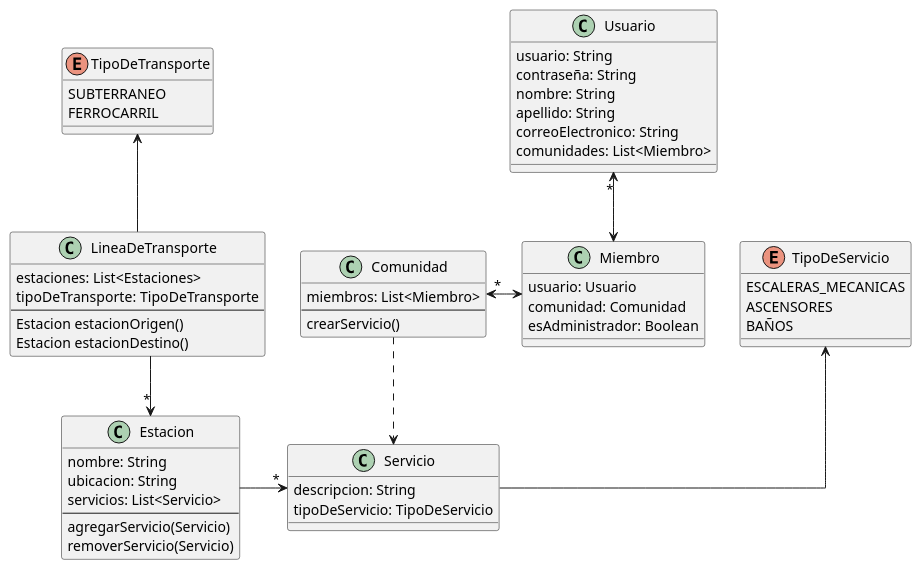
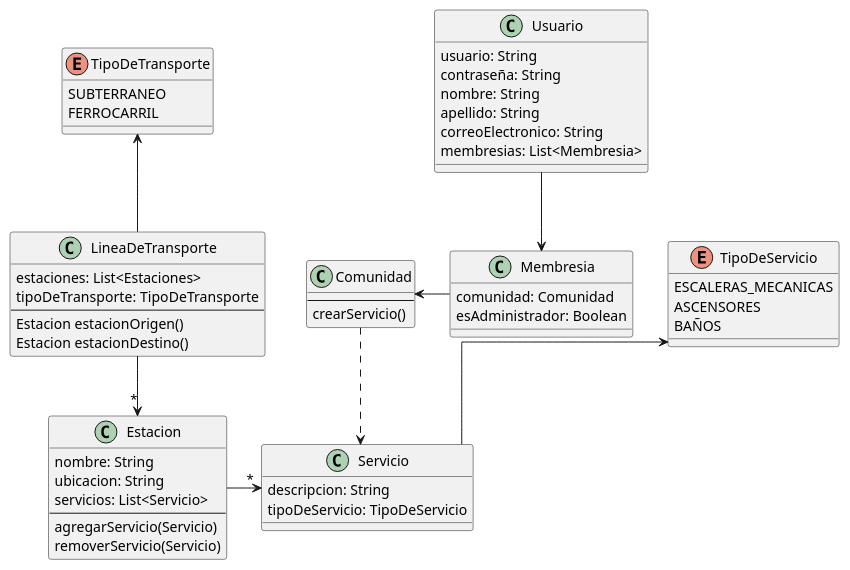
The diagram in docs/clases.puml (ValenAquino/tp-dds-2023), drawn with PlantUML before and after one commit.

Commit message:
docs(clases): remover relaciones bidireccionales y cambiar Miembro por Membresia

```diff
--- a/docs/clases.puml
+++ b/docs/clases.puml
@@ -1,63 +1,61 @@
 @startuml TPA1-Clases
 skinparam linetype ortho
 
 class LineaDeTransporte {
   estaciones: List<Estaciones>
   tipoDeTransporte: TipoDeTransporte
   --
   Estacion estacionOrigen()
   Estacion estacionDestino()
 }
 enum TipoDeTransporte {
   SUBTERRANEO
   FERROCARRIL
 }
 
 class Estacion {
   nombre: String
   ubicacion: String
   servicios: List<Servicio>
   --
   agregarServicio(Servicio)
   removerServicio(Servicio)
 }
 
 class Comunidad {
-  miembros: List<Miembro>
   --
   crearServicio()
 }
 
 class Usuario {
   usuario: String
   contraseña: String
   nombre: String
   apellido: String
   correoElectronico: String
-  comunidades: List<Miembro>
+  membresias: List<Membresia>
 }
 
-class Miembro {
-  usuario: Usuario
+class Membresia {
   comunidad: Comunidad
   esAdministrador: Boolean
 }
 
 class Servicio{
   descripcion: String
   tipoDeServicio: TipoDeServicio
 }
 enum TipoDeServicio {
   ESCALERAS_MECANICAS
   ASCENSORES
   BAÑOS
 }
 
 Estacion ->"*" Servicio
 TipoDeServicio <-- Servicio
 Comunidad ..> Servicio
-Usuario "*"<--> Miembro
-Comunidad "*"<-> Miembro
 LineaDeTransporte -->"*" Estacion
+Usuario --> Membresia
+Comunidad <- Membresia
 TipoDeTransporte <-- LineaDeTransporte
 @enduml
```
